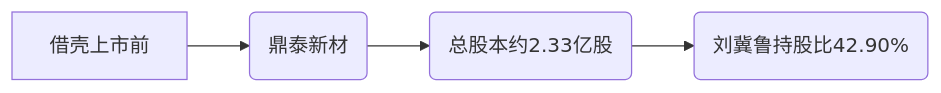
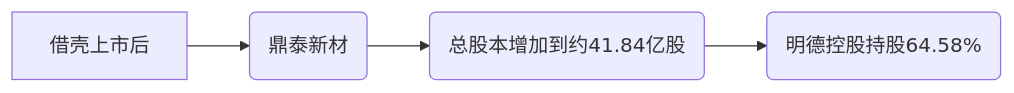
The diagram in all/未命名-3.md (1149561798/iodraw-files), drawn with Mermaid before and after one commit.

Commit message:
2025-05-13 21:29:15 update

````diff
--- a/all/未命名-3.md
+++ b/all/未命名-3.md
@@ -1,7 +1,7 @@
 ```mermaid
 graph LR
-    A[借壳上市前] --> B(鼎泰新材)
-    B --> C(总股本约2.33亿股)
-    C --> D(刘冀鲁持股比42.90%)
+    A[借壳上市后] --> B(鼎泰新材)
+    B --> C(总股本增加到约41.84亿股)
+    C --> D(明德控股持股64.58%)
 
 ```
````
